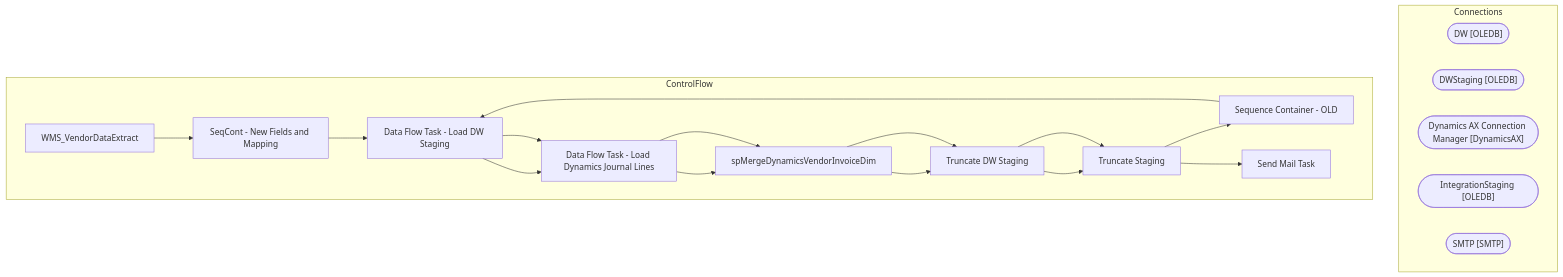
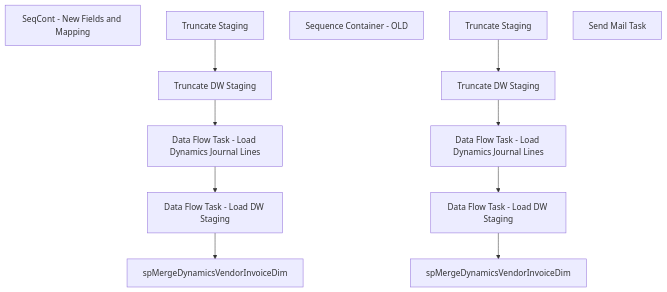
The diagram in bab-docs-explorer/Documentation/STL-SSIS-P-01/SSIS/WMS/WMS_VendorDataExtract.WMS_VendorDataExtract.md (juanandresbrain/BABSkills), drawn with Mermaid before and after one commit. The commit also changed other lines of this file and 273 other files, not shown here.

````diff
--- a/bab-docs-explorer/Documentation/STL-SSIS-P-01/SSIS/WMS/WMS_VendorDataExtract.WMS_VendorDataExtract.md
+++ b/bab-docs-explorer/Documentation/STL-SSIS-P-01/SSIS/WMS/WMS_VendorDataExtract.WMS_VendorDataExtract.md
@@ -9,39 +56,24 @@
 ```mermaid
 flowchart TD
-    subgraph Connections
-        DW_conn(["DW [OLEDB]"])
-        DWStaging_conn(["DWStaging [OLEDB]"])
-        Dynamics_AX_Connection_Manager_conn(["Dynamics AX Connection Manager [DynamicsAX]"])
-        IntegrationStaging_conn(["IntegrationStaging [OLEDB]"])
-        SMTP_conn(["SMTP [SMTP]"])
-    end
-    subgraph ControlFlow
-        WMS_VendorDataExtract_task["WMS_VendorDataExtract"]
-        SeqCont___New_Fields_and_Mapping_task["SeqCont - New Fields and Mapping"]
-        WMS_VendorDataExtract_task --> SeqCont___New_Fields_and_Mapping_task
-        Data_Flow_Task___Load_DW_Staging_task["Data Flow Task - Load DW Staging"]
-        SeqCont___New_Fields_and_Mapping_task --> Data_Flow_Task___Load_DW_Staging_task
-        Data_Flow_Task___Load_Dynamics_Journal_Lines_task["Data Flow Task - Load Dynamics Journal Lines"]
-        Data_Flow_Task___Load_DW_Staging_task --> Data_Flow_Task___Load_Dynamics_Journal_Lines_task
-        spMergeDynamicsVendorInvoiceDim_task["spMergeDynamicsVendorInvoiceDim"]
-        Data_Flow_Task___Load_Dynamics_Journal_Lines_task --> spMergeDynamicsVendorInvoiceDim_task
-        Truncate_DW_Staging_task["Truncate DW Staging"]
-        spMergeDynamicsVendorInvoiceDim_task --> Truncate_DW_Staging_task
-        Truncate_Staging_task["Truncate Staging"]
-        Truncate_DW_Staging_task --> Truncate_Staging_task
-        Sequence_Container___OLD_task["Sequence Container - OLD"]
-        Truncate_Staging_task --> Sequence_Container___OLD_task
-        Data_Flow_Task___Load_DW_Staging_task["Data Flow Task - Load DW Staging"]
-        Sequence_Container___OLD_task --> Data_Flow_Task___Load_DW_Staging_task
-        Data_Flow_Task___Load_Dynamics_Journal_Lines_task["Data Flow Task - Load Dynamics Journal Lines"]
-        Data_Flow_Task___Load_DW_Staging_task --> Data_Flow_Task___Load_Dynamics_Journal_Lines_task
-        spMergeDynamicsVendorInvoiceDim_task["spMergeDynamicsVendorInvoiceDim"]
-        Data_Flow_Task___Load_Dynamics_Journal_Lines_task --> spMergeDynamicsVendorInvoiceDim_task
-        Truncate_DW_Staging_task["Truncate DW Staging"]
-        spMergeDynamicsVendorInvoiceDim_task --> Truncate_DW_Staging_task
-        Truncate_Staging_task["Truncate Staging"]
-        Truncate_DW_Staging_task --> Truncate_Staging_task
-        Send_Mail_Task_task["Send Mail Task"]
-        Truncate_Staging_task --> Send_Mail_Task_task
-    end
+    n_Package_SeqCont___New_Fields_and_Mapping["SeqCont - New Fields and Mapping"]
+    n_Package_SeqCont___New_Fields_and_Mapping_Data_Flow_Task___Load_DW_Staging["Data Flow Task - Load DW Staging"]
+    n_Package_SeqCont___New_Fields_and_Mapping_Data_Flow_Task___Load_Dynamics_Journal_Lines["Data Flow Task - Load Dynamics Journal Lines"]
+    n_Package_SeqCont___New_Fields_and_Mapping_spMergeDynamicsVendorInvoiceDim["spMergeDynamicsVendorInvoiceDim"]
+    n_Package_SeqCont___New_Fields_and_Mapping_Truncate_DW_Staging["Truncate DW Staging"]
+    n_Package_SeqCont___New_Fields_and_Mapping_Truncate_Staging["Truncate Staging"]
+    n_Package_Sequence_Container___OLD["Sequence Container - OLD"]
+    n_Package_Sequence_Container___OLD_Data_Flow_Task___Load_DW_Staging["Data Flow Task - Load DW Staging"]
+    n_Package_Sequence_Container___OLD_Data_Flow_Task___Load_Dynamics_Journal_Lines["Data Flow Task - Load Dynamics Journal Lines"]
+    n_Package_Sequence_Container___OLD_spMergeDynamicsVendorInvoiceDim["spMergeDynamicsVendorInvoiceDim"]
+    n_Package_Sequence_Container___OLD_Truncate_DW_Staging["Truncate DW Staging"]
+    n_Package_Sequence_Container___OLD_Truncate_Staging["Truncate Staging"]
+    n_Package_EventHandlers_OnError__Send_Mail_Task["Send Mail Task"]
+    n_Package_SeqCont___New_Fields_and_Mapping_Truncate_Staging --> n_Package_SeqCont___New_Fields_and_Mapping_Truncate_DW_Staging
+    n_Package_SeqCont___New_Fields_and_Mapping_Data_Flow_Task___Load_DW_Staging --> n_Package_SeqCont___New_Fields_and_Mapping_spMergeDynamicsVendorInvoiceDim
+    n_Package_SeqCont___New_Fields_and_Mapping_Truncate_DW_Staging --> n_Package_SeqCont___New_Fields_and_Mapping_Data_Flow_Task___Load_Dynamics_Journal_Lines
+    n_Package_SeqCont___New_Fields_and_Mapping_Data_Flow_Task___Load_Dynamics_Journal_Lines --> n_Package_SeqCont___New_Fields_and_Mapping_Data_Flow_Task___Load_DW_Staging
+    n_Package_Sequence_Container___OLD_Truncate_Staging --> n_Package_Sequence_Container___OLD_Truncate_DW_Staging
+    n_Package_Sequence_Container___OLD_Data_Flow_Task___Load_DW_Staging --> n_Package_Sequence_Container___OLD_spMergeDynamicsVendorInvoiceDim
+    n_Package_Sequence_Container___OLD_Truncate_DW_Staging --> n_Package_Sequence_Container___OLD_Data_Flow_Task___Load_Dynamics_Journal_Lines
+    n_Package_Sequence_Container___OLD_Data_Flow_Task___Load_Dynamics_Journal_Lines --> n_Package_Sequence_Container___OLD_Data_Flow_Task___Load_DW_Staging
 ```
````
